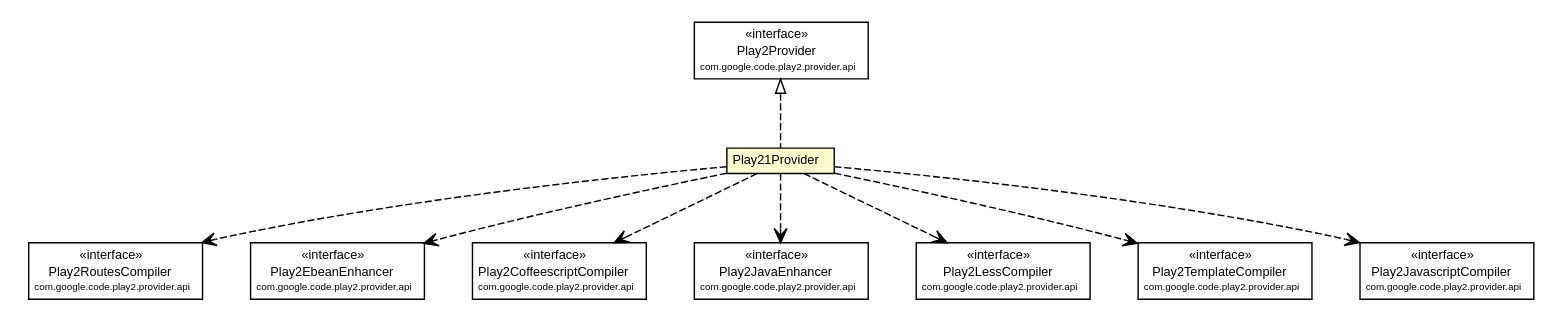
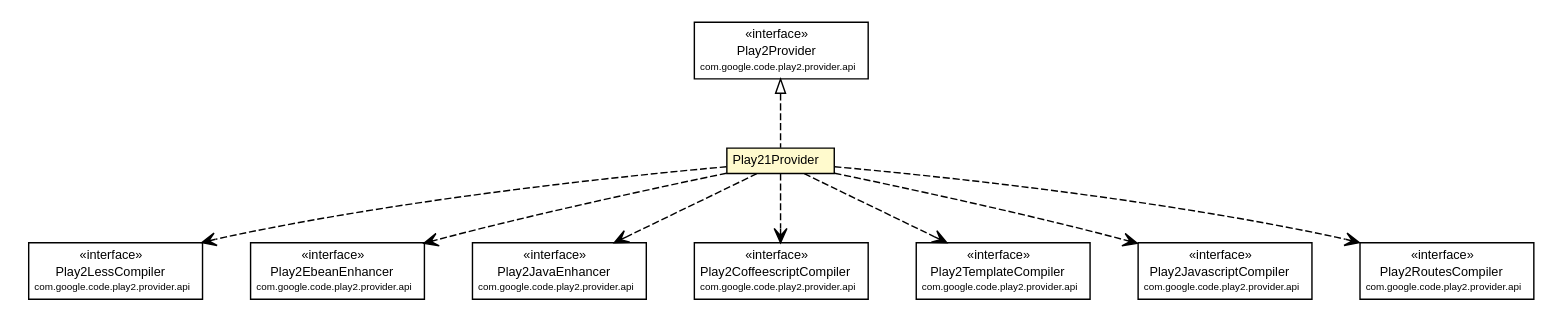
Before and after one commit to wouterhardeman/play2-maven-plugin: the diagram in mavensite/1.0.0-alpha8-SNAPSHOT/play2-providers/play2-provider-play21/apidocs/com/google/code/play2/provider/play21/Play21Provider.dot, drawn with Graphviz. The commit also changed 671 other files, not shown here.

Commit message:
Production site for version "1.0.0-alpha8-SNAPSHOT" - updated.

```diff
--- a/mavensite/1.0.0-alpha8-SNAPSHOT/play2-providers/play2-provider-play21/apidocs/com/google/code/play2/provider/play21/Play21Provider.dot
+++ b/mavensite/1.0.0-alpha8-SNAPSHOT/play2-providers/play2-provider-play21/apidocs/com/google/code/play2/provider/play21/Play21Provider.dot
@@ -17,82 +17,82 @@
 		</table>>, URL="./Play21Provider.html", fontname="arial", fontcolor="black", fontsize=9.0];
 	//com.google.code.play2.provider.play21.Play21Provider implements com.google.code.play2.provider.api.Play2Provider
 	c181:p -> c172:p [dir=back,arrowtail=empty,style=dashed];
-	// com.google.code.play2.provider.play21.Play21Provider DEPEND com.google.code.play2.provider.api.Play2RoutesCompiler
+	// com.google.code.play2.provider.play21.Play21Provider DEPEND com.google.code.play2.provider.api.Play2LessCompiler
 	c172:p -> c182:p [taillabel="", label="", headlabel="", fontname="arial", fontcolor="black", fontsize=10.0, color="black", arrowhead=open, style=dashed];
 	// com.google.code.play2.provider.play21.Play21Provider DEPEND com.google.code.play2.provider.api.Play2EbeanEnhancer
 	c172:p -> c183:p [taillabel="", label="", headlabel="", fontname="arial", fontcolor="black", fontsize=10.0, color="black", arrowhead=open, style=dashed];
+	// com.google.code.play2.provider.play21.Play21Provider DEPEND com.google.code.play2.provider.api.Play2JavaEnhancer
+	c172:p -> c184:p [taillabel="", label="", headlabel="", fontname="arial", fontcolor="black", fontsize=10.0, color="black", arrowhead=open, style=dashed];
 	// com.google.code.play2.provider.play21.Play21Provider DEPEND com.google.code.play2.provider.api.Play2CoffeescriptCompiler
-	c172:p -> c184:p [taillabel="", label="", headlabel="", fontname="arial", fontcolor="black", fontsize=10.0, color="black", arrowhead=open, style=dashed];
-	// com.google.code.play2.provider.play21.Play21Provider DEPEND com.google.code.play2.provider.api.Play2JavaEnhancer
 	c172:p -> c185:p [taillabel="", label="", headlabel="", fontname="arial", fontcolor="black", fontsize=10.0, color="black", arrowhead=open, style=dashed];
-	// com.google.code.play2.provider.play21.Play21Provider DEPEND com.google.code.play2.provider.api.Play2LessCompiler
+	// com.google.code.play2.provider.play21.Play21Provider DEPEND com.google.code.play2.provider.api.Play2TemplateCompiler
 	c172:p -> c186:p [taillabel="", label="", headlabel="", fontname="arial", fontcolor="black", fontsize=10.0, color="black", arrowhead=open, style=dashed];
-	// com.google.code.play2.provider.play21.Play21Provider DEPEND com.google.code.play2.provider.api.Play2TemplateCompiler
+	// com.google.code.play2.provider.play21.Play21Provider DEPEND com.google.code.play2.provider.api.Play2JavascriptCompiler
 	c172:p -> c187:p [taillabel="", label="", headlabel="", fontname="arial", fontcolor="black", fontsize=10.0, color="black", arrowhead=open, style=dashed];
-	// com.google.code.play2.provider.play21.Play21Provider DEPEND com.google.code.play2.provider.api.Play2JavascriptCompiler
+	// com.google.code.play2.provider.play21.Play21Provider DEPEND com.google.code.play2.provider.api.Play2RoutesCompiler
 	c172:p -> c188:p [taillabel="", label="", headlabel="", fontname="arial", fontcolor="black", fontsize=10.0, color="black", arrowhead=open, style=dashed];
+	// com.google.code.play2.provider.api.Play2LessCompiler
+	c182 [label=<<table title="com.google.code.play2.provider.api.Play2LessCompiler" border="0" cellborder="1" cellspacing="0" cellpadding="2" port="p" href="https://play2-maven-plugin.googlecode.com/svn/mavensite/1.0.0-alpha8-SNAPSHOT/play2-provider-api/apidocs/com/google/code/play2/provider/api/Play2LessCompiler.html">
+		<tr><td><table border="0" cellspacing="0" cellpadding="1">
+<tr><td align="center" balign="center"> &#171;interface&#187; </td></tr>
+<tr><td align="center" balign="center"> Play2LessCompiler </td></tr>
+<tr><td align="center" balign="center"><font point-size="7.0"> com.google.code.play2.provider.api </font></td></tr>
+		</table></td></tr>
+		</table>>, URL="https://play2-maven-plugin.googlecode.com/svn/mavensite/1.0.0-alpha8-SNAPSHOT/play2-provider-api/apidocs/com/google/code/play2/provider/api/Play2LessCompiler.html", fontname="arial", fontcolor="black", fontsize=9.0];
 	// com.google.code.play2.provider.api.Play2EbeanEnhancer
-	c183 [label=<<table title="com.google.code.play2.provider.api.Play2EbeanEnhancer" border="0" cellborder="1" cellspacing="0" cellpadding="2" port="p" href="https://play2-maven-plugin.googlecode.com/svn/mavensite/1.0.0-alpha7/play2-provider-api/apidocs/com/google/code/play2/provider/api/Play2EbeanEnhancer.html">
+	c183 [label=<<table title="com.google.code.play2.provider.api.Play2EbeanEnhancer" border="0" cellborder="1" cellspacing="0" cellpadding="2" port="p" href="https://play2-maven-plugin.googlecode.com/svn/mavensite/1.0.0-alpha8-SNAPSHOT/play2-provider-api/apidocs/com/google/code/play2/provider/api/Play2EbeanEnhancer.html">
 		<tr><td><table border="0" cellspacing="0" cellpadding="1">
 <tr><td align="center" balign="center"> &#171;interface&#187; </td></tr>
 <tr><td align="center" balign="center"> Play2EbeanEnhancer </td></tr>
 <tr><td align="center" balign="center"><font point-size="7.0"> com.google.code.play2.provider.api </font></td></tr>
 		</table></td></tr>
-		</table>>, URL="https://play2-maven-plugin.googlecode.com/svn/mavensite/1.0.0-alpha7/play2-provider-api/apidocs/com/google/code/play2/provider/api/Play2EbeanEnhancer.html", fontname="arial", fontcolor="black", fontsize=9.0];
-	// com.google.code.play2.provider.api.Play2LessCompiler
-	c186 [label=<<table title="com.google.code.play2.provider.api.Play2LessCompiler" border="0" cellborder="1" cellspacing="0" cellpadding="2" port="p" href="https://play2-maven-plugin.googlecode.com/svn/mavensite/1.0.0-alpha7/play2-provider-api/apidocs/com/google/code/play2/provider/api/Play2LessCompiler.html">
-		<tr><td><table border="0" cellspacing="0" cellpadding="1">
-<tr><td align="center" balign="center"> &#171;interface&#187; </td></tr>
-<tr><td align="center" balign="center"> Play2LessCompiler </td></tr>
-<tr><td align="center" balign="center"><font point-size="7.0"> com.google.code.play2.provider.api </font></td></tr>
-		</table></td></tr>
-		</table>>, URL="https://play2-maven-plugin.googlecode.com/svn/mavensite/1.0.0-alpha7/play2-provider-api/apidocs/com/google/code/play2/provider/api/Play2LessCompiler.html", fontname="arial", fontcolor="black", fontsize=9.0];
+		</table>>, URL="https://play2-maven-plugin.googlecode.com/svn/mavensite/1.0.0-alpha8-SNAPSHOT/play2-provider-api/apidocs/com/google/code/play2/provider/api/Play2EbeanEnhancer.html", fontname="arial", fontcolor="black", fontsize=9.0];
 	// com.google.code.play2.provider.api.Play2CoffeescriptCompiler
-	c184 [label=<<table title="com.google.code.play2.provider.api.Play2CoffeescriptCompiler" border="0" cellborder="1" cellspacing="0" cellpadding="2" port="p" href="https://play2-maven-plugin.googlecode.com/svn/mavensite/1.0.0-alpha7/play2-provider-api/apidocs/com/google/code/play2/provider/api/Play2CoffeescriptCompiler.html">
+	c185 [label=<<table title="com.google.code.play2.provider.api.Play2CoffeescriptCompiler" border="0" cellborder="1" cellspacing="0" cellpadding="2" port="p" href="https://play2-maven-plugin.googlecode.com/svn/mavensite/1.0.0-alpha8-SNAPSHOT/play2-provider-api/apidocs/com/google/code/play2/provider/api/Play2CoffeescriptCompiler.html">
 		<tr><td><table border="0" cellspacing="0" cellpadding="1">
 <tr><td align="center" balign="center"> &#171;interface&#187; </td></tr>
 <tr><td align="center" balign="center"> Play2CoffeescriptCompiler </td></tr>
 <tr><td align="center" balign="center"><font point-size="7.0"> com.google.code.play2.provider.api </font></td></tr>
 		</table></td></tr>
-		</table>>, URL="https://play2-maven-plugin.googlecode.com/svn/mavensite/1.0.0-alpha7/play2-provider-api/apidocs/com/google/code/play2/provider/api/Play2CoffeescriptCompiler.html", fontname="arial", fontcolor="black", fontsize=9.0];
+		</table>>, URL="https://play2-maven-plugin.googlecode.com/svn/mavensite/1.0.0-alpha8-SNAPSHOT/play2-provider-api/apidocs/com/google/code/play2/provider/api/Play2CoffeescriptCompiler.html", fontname="arial", fontcolor="black", fontsize=9.0];
 	// com.google.code.play2.provider.api.Play2JavaEnhancer
-	c185 [label=<<table title="com.google.code.play2.provider.api.Play2JavaEnhancer" border="0" cellborder="1" cellspacing="0" cellpadding="2" port="p" href="https://play2-maven-plugin.googlecode.com/svn/mavensite/1.0.0-alpha7/play2-provider-api/apidocs/com/google/code/play2/provider/api/Play2JavaEnhancer.html">
+	c184 [label=<<table title="com.google.code.play2.provider.api.Play2JavaEnhancer" border="0" cellborder="1" cellspacing="0" cellpadding="2" port="p" href="https://play2-maven-plugin.googlecode.com/svn/mavensite/1.0.0-alpha8-SNAPSHOT/play2-provider-api/apidocs/com/google/code/play2/provider/api/Play2JavaEnhancer.html">
 		<tr><td><table border="0" cellspacing="0" cellpadding="1">
 <tr><td align="center" balign="center"> &#171;interface&#187; </td></tr>
 <tr><td align="center" balign="center"> Play2JavaEnhancer </td></tr>
 <tr><td align="center" balign="center"><font point-size="7.0"> com.google.code.play2.provider.api </font></td></tr>
 		</table></td></tr>
-		</table>>, URL="https://play2-maven-plugin.googlecode.com/svn/mavensite/1.0.0-alpha7/play2-provider-api/apidocs/com/google/code/play2/provider/api/Play2JavaEnhancer.html", fontname="arial", fontcolor="black", fontsize=9.0];
+		</table>>, URL="https://play2-maven-plugin.googlecode.com/svn/mavensite/1.0.0-alpha8-SNAPSHOT/play2-provider-api/apidocs/com/google/code/play2/provider/api/Play2JavaEnhancer.html", fontname="arial", fontcolor="black", fontsize=9.0];
 	// com.google.code.play2.provider.api.Play2RoutesCompiler
-	c182 [label=<<table title="com.google.code.play2.provider.api.Play2RoutesCompiler" border="0" cellborder="1" cellspacing="0" cellpadding="2" port="p" href="https://play2-maven-plugin.googlecode.com/svn/mavensite/1.0.0-alpha7/play2-provider-api/apidocs/com/google/code/play2/provider/api/Play2RoutesCompiler.html">
+	c188 [label=<<table title="com.google.code.play2.provider.api.Play2RoutesCompiler" border="0" cellborder="1" cellspacing="0" cellpadding="2" port="p" href="https://play2-maven-plugin.googlecode.com/svn/mavensite/1.0.0-alpha8-SNAPSHOT/play2-provider-api/apidocs/com/google/code/play2/provider/api/Play2RoutesCompiler.html">
 		<tr><td><table border="0" cellspacing="0" cellpadding="1">
 <tr><td align="center" balign="center"> &#171;interface&#187; </td></tr>
 <tr><td align="center" balign="center"> Play2RoutesCompiler </td></tr>
 <tr><td align="center" balign="center"><font point-size="7.0"> com.google.code.play2.provider.api </font></td></tr>
 		</table></td></tr>
-		</table>>, URL="https://play2-maven-plugin.googlecode.com/svn/mavensite/1.0.0-alpha7/play2-provider-api/apidocs/com/google/code/play2/provider/api/Play2RoutesCompiler.html", fontname="arial", fontcolor="black", fontsize=9.0];
+		</table>>, URL="https://play2-maven-plugin.googlecode.com/svn/mavensite/1.0.0-alpha8-SNAPSHOT/play2-provider-api/apidocs/com/google/code/play2/provider/api/Play2RoutesCompiler.html", fontname="arial", fontcolor="black", fontsize=9.0];
 	// com.google.code.play2.provider.api.Play2JavascriptCompiler
-	c188 [label=<<table title="com.google.code.play2.provider.api.Play2JavascriptCompiler" border="0" cellborder="1" cellspacing="0" cellpadding="2" port="p" href="https://play2-maven-plugin.googlecode.com/svn/mavensite/1.0.0-alpha7/play2-provider-api/apidocs/com/google/code/play2/provider/api/Play2JavascriptCompiler.html">
+	c187 [label=<<table title="com.google.code.play2.provider.api.Play2JavascriptCompiler" border="0" cellborder="1" cellspacing="0" cellpadding="2" port="p" href="https://play2-maven-plugin.googlecode.com/svn/mavensite/1.0.0-alpha8-SNAPSHOT/play2-provider-api/apidocs/com/google/code/play2/provider/api/Play2JavascriptCompiler.html">
 		<tr><td><table border="0" cellspacing="0" cellpadding="1">
 <tr><td align="center" balign="center"> &#171;interface&#187; </td></tr>
 <tr><td align="center" balign="center"> Play2JavascriptCompiler </td></tr>
 <tr><td align="center" balign="center"><font point-size="7.0"> com.google.code.play2.provider.api </font></td></tr>
 		</table></td></tr>
-		</table>>, URL="https://play2-maven-plugin.googlecode.com/svn/mavensite/1.0.0-alpha7/play2-provider-api/apidocs/com/google/code/play2/provider/api/Play2JavascriptCompiler.html", fontname="arial", fontcolor="black", fontsize=9.0];
+		</table>>, URL="https://play2-maven-plugin.googlecode.com/svn/mavensite/1.0.0-alpha8-SNAPSHOT/play2-provider-api/apidocs/com/google/code/play2/provider/api/Play2JavascriptCompiler.html", fontname="arial", fontcolor="black", fontsize=9.0];
 	// com.google.code.play2.provider.api.Play2Provider
-	c181 [label=<<table title="com.google.code.play2.provider.api.Play2Provider" border="0" cellborder="1" cellspacing="0" cellpadding="2" port="p" href="https://play2-maven-plugin.googlecode.com/svn/mavensite/1.0.0-alpha7/play2-provider-api/apidocs/com/google/code/play2/provider/api/Play2Provider.html">
+	c181 [label=<<table title="com.google.code.play2.provider.api.Play2Provider" border="0" cellborder="1" cellspacing="0" cellpadding="2" port="p" href="https://play2-maven-plugin.googlecode.com/svn/mavensite/1.0.0-alpha8-SNAPSHOT/play2-provider-api/apidocs/com/google/code/play2/provider/api/Play2Provider.html">
 		<tr><td><table border="0" cellspacing="0" cellpadding="1">
 <tr><td align="center" balign="center"> &#171;interface&#187; </td></tr>
 <tr><td align="center" balign="center"> Play2Provider </td></tr>
 <tr><td align="center" balign="center"><font point-size="7.0"> com.google.code.play2.provider.api </font></td></tr>
 		</table></td></tr>
-		</table>>, URL="https://play2-maven-plugin.googlecode.com/svn/mavensite/1.0.0-alpha7/play2-provider-api/apidocs/com/google/code/play2/provider/api/Play2Provider.html", fontname="arial", fontcolor="black", fontsize=9.0];
+		</table>>, URL="https://play2-maven-plugin.googlecode.com/svn/mavensite/1.0.0-alpha8-SNAPSHOT/play2-provider-api/apidocs/com/google/code/play2/provider/api/Play2Provider.html", fontname="arial", fontcolor="black", fontsize=9.0];
 	// com.google.code.play2.provider.api.Play2TemplateCompiler
-	c187 [label=<<table title="com.google.code.play2.provider.api.Play2TemplateCompiler" border="0" cellborder="1" cellspacing="0" cellpadding="2" port="p" href="https://play2-maven-plugin.googlecode.com/svn/mavensite/1.0.0-alpha7/play2-provider-api/apidocs/com/google/code/play2/provider/api/Play2TemplateCompiler.html">
+	c186 [label=<<table title="com.google.code.play2.provider.api.Play2TemplateCompiler" border="0" cellborder="1" cellspacing="0" cellpadding="2" port="p" href="https://play2-maven-plugin.googlecode.com/svn/mavensite/1.0.0-alpha8-SNAPSHOT/play2-provider-api/apidocs/com/google/code/play2/provider/api/Play2TemplateCompiler.html">
 		<tr><td><table border="0" cellspacing="0" cellpadding="1">
 <tr><td align="center" balign="center"> &#171;interface&#187; </td></tr>
 <tr><td align="center" balign="center"> Play2TemplateCompiler </td></tr>
 <tr><td align="center" balign="center"><font point-size="7.0"> com.google.code.play2.provider.api </font></td></tr>
 		</table></td></tr>
-		</table>>, URL="https://play2-maven-plugin.googlecode.com/svn/mavensite/1.0.0-alpha7/play2-provider-api/apidocs/com/google/code/play2/provider/api/Play2TemplateCompiler.html", fontname="arial", fontcolor="black", fontsize=9.0];
+		</table>>, URL="https://play2-maven-plugin.googlecode.com/svn/mavensite/1.0.0-alpha8-SNAPSHOT/play2-provider-api/apidocs/com/google/code/play2/provider/api/Play2TemplateCompiler.html", fontname="arial", fontcolor="black", fontsize=9.0];
 }
```
